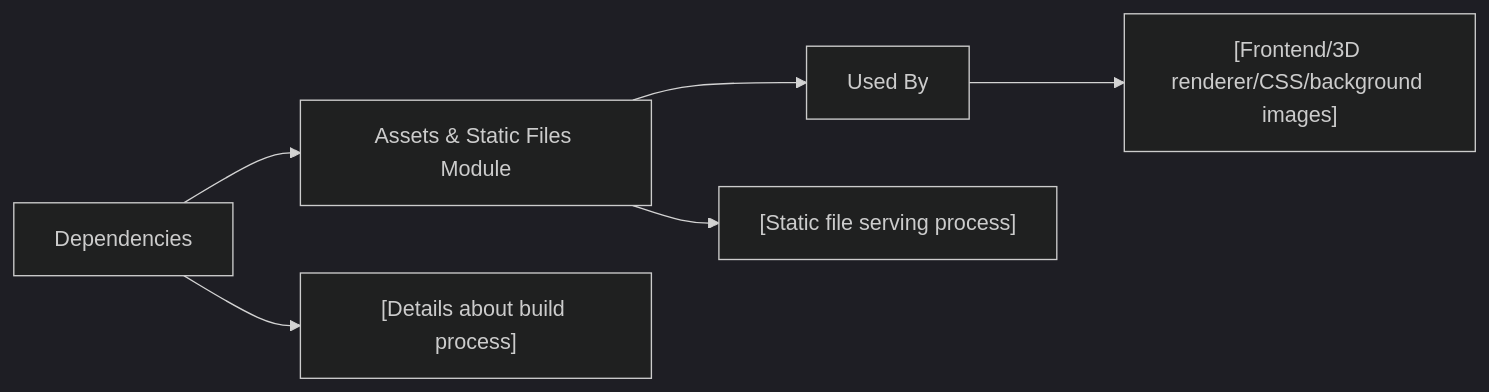
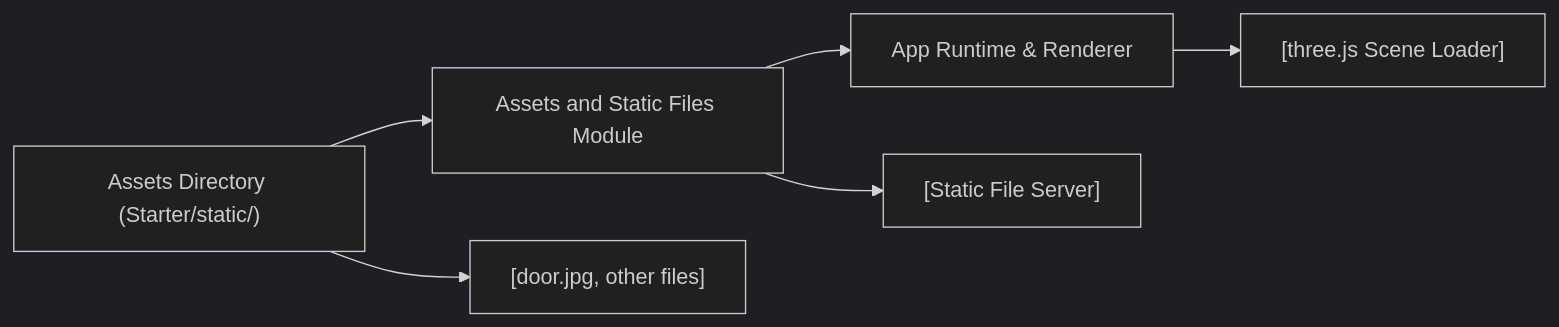
One commit to NicoooM/three-js-test changed the diagram in .shelfya/guide/assets-and-static-files.md. Above: the diagram before and after it, drawn with Mermaid (dark theme). The commit also changed other lines of this file and 6 other files, not shown here.

````diff
--- a/.shelfya/guide/assets-and-static-files.md
+++ b/.shelfya/guide/assets-and-static-files.md
@@ -38,9 +41,7 @@
 ```mermaid
 flowchart LR
-  dependencies["Dependencies"]
-    --> assetRepo["Assets & Static Files Module"] 
-    --> usedBy["Used By"]
-  dependencies --> details["[Details about build process]"]
-  assetRepo --> process["[Static file serving process]"]
-  usedBy --> consumers["[Frontend/3D renderer/CSS/background images]"]
+  assetsDirectory["Assets Directory (Starter/static/)"] --> assetsModule["Assets and Static Files Module"] --> appRuntime["App Runtime & Renderer"]
+  assetsDirectory --> assetExamples["[door.jpg, other files]"]
+  assetsModule --> fileServer["[Static File Server]"]
+  appRuntime --> sceneLoader["[three.js Scene Loader]"]
 ```
````
